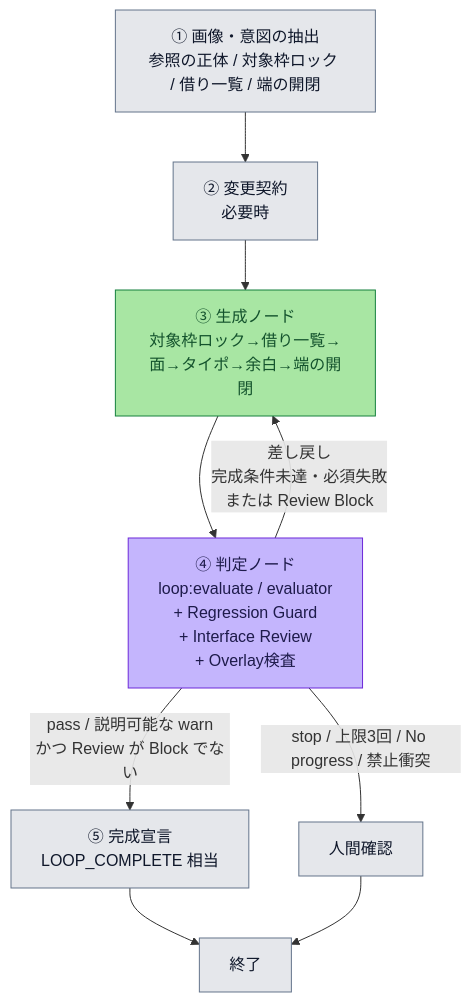
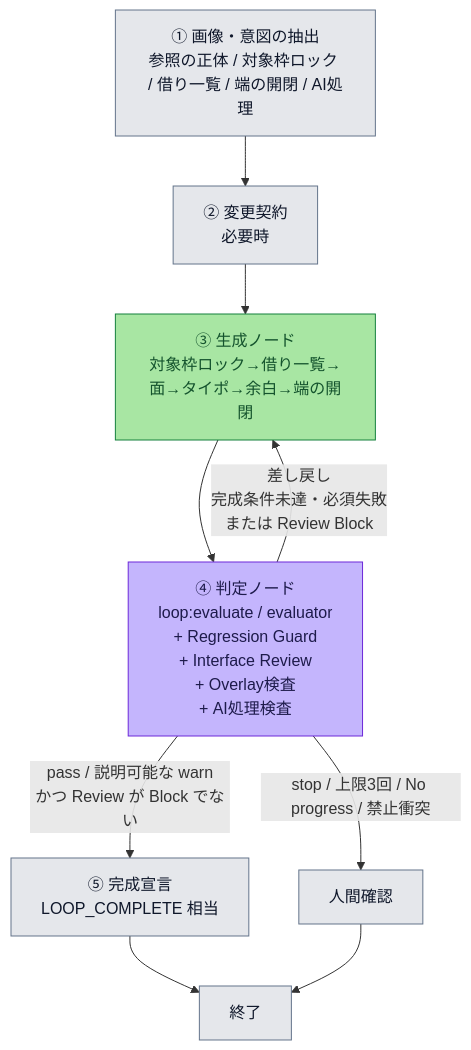
The diagram in loops/graphs/ui-polish.mmd (nishimura-yuya-git/dentacle), drawn with Mermaid before and after one commit. The commit also changed 56 other files, not shown here.

```diff
--- a/loops/graphs/ui-polish.mmd
+++ b/loops/graphs/ui-polish.mmd
@@ -1,29 +1,29 @@
 %% UI Polish Loop の外側 Graph（Sequential + 差し戻し）
 %% 正本: loops/goals/ui-polish.md
 %% 凡例:
 %%   灰: 入口・出口・人間確認
 %%   緑: 生成ノード（内側は Loop 型で AI が次手を決める）
 %%   紫: 判定ノード（完成ゲート。遷移は定義済み）
 %% maxIterations: ③→④ の往復は最大 3 回
 
 flowchart TD
-  IN["① 画像・意図の抽出<br/>参照の正体 / 対象枠ロック / 借り一覧 / 端の開閉"] --> CONTRACT["② 変更契約<br/>必要時"]
+  IN["① 画像・意図の抽出<br/>参照の正体 / 対象枠ロック / 借り一覧 / 端の開閉 / AI処理"] --> CONTRACT["② 変更契約<br/>必要時"]
   CONTRACT --> GEN["③ 生成ノード<br/>対象枠ロック→借り一覧→面→タイポ→余白→端の開閉"]
-  GEN --> JUDGE["④ 判定ノード<br/>loop:evaluate / evaluator<br/>+ Regression Guard<br/>+ Interface Review<br/>+ Overlay検査"]
+  GEN --> JUDGE["④ 判定ノード<br/>loop:evaluate / evaluator<br/>+ Regression Guard<br/>+ Interface Review<br/>+ Overlay検査<br/>+ AI処理検査"]
 
   JUDGE -->|"pass / 説明可能な warn<br/>かつ Review が Block でない"| DONE["⑤ 完成宣言<br/>LOOP_COMPLETE 相当"]
   JUDGE -->|"差し戻し<br/>完成条件未達・必須失敗<br/>または Review Block"| GEN
   JUDGE -->|"stop / 上限3回 / No progress / 禁止衝突"| HUMAN["人間確認"]
 
   DONE --> OUT["終了"]
   HUMAN --> OUT
 
   classDef entry fill:#e5e7eb,stroke:#64748b,color:#0f172a
   classDef gen fill:#a8e6a3,stroke:#15803d,color:#14532d
   classDef judge fill:#c4b5fd,stroke:#6d28d9,color:#1e1b4b
   classDef exit fill:#e5e7eb,stroke:#64748b,color:#0f172a
 
   class IN,CONTRACT,OUT entry
   class GEN gen
   class JUDGE judge
   class DONE,HUMAN exit
```
